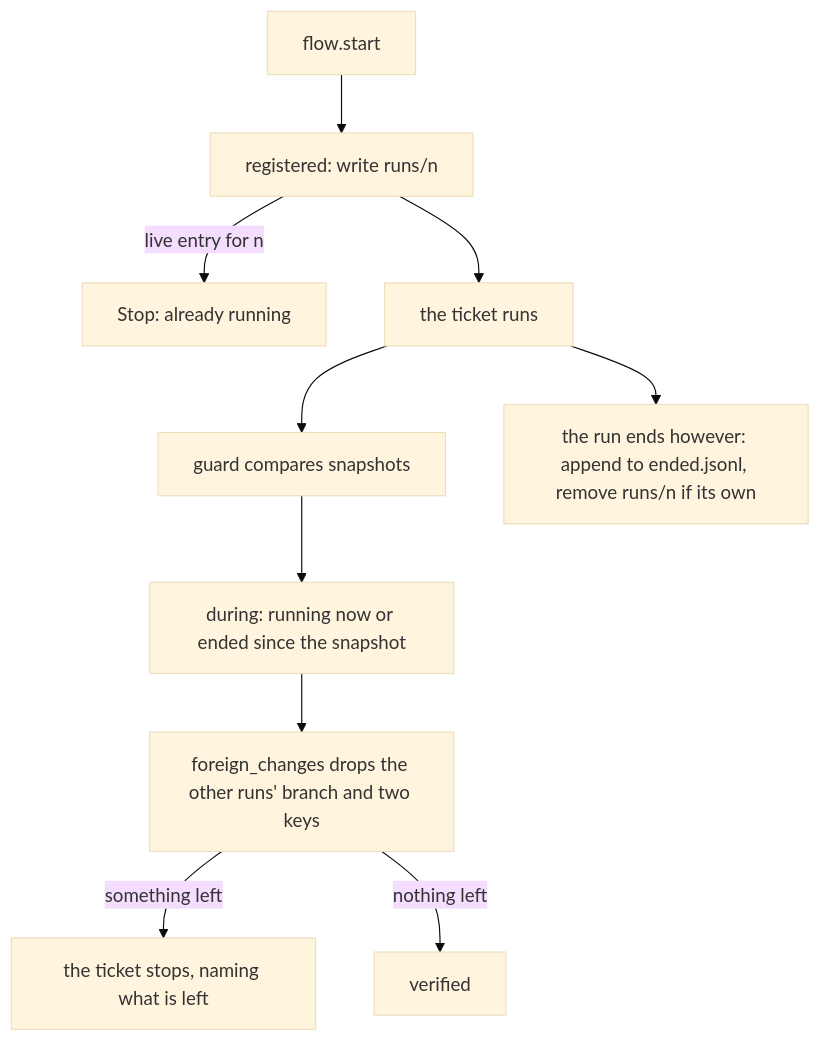
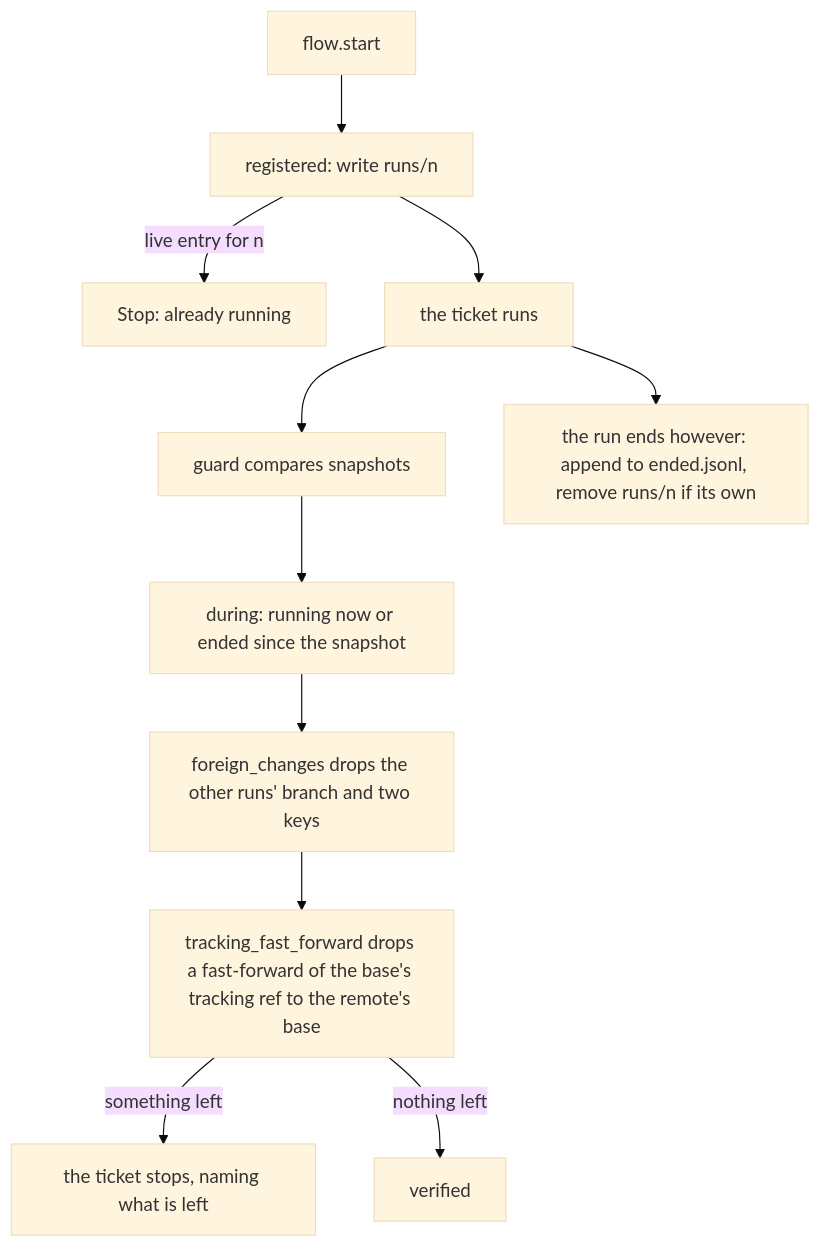
The first of 3 diagrams in docs/architecture/modules/runs.md (plaplanche/ariane), drawn with Mermaid (base theme) before and after one commit. The commit also changed other lines of this file and 9 other files, not shown here.

Commit message:
#222: Guard: tolerate a fast-forward of the base's tracking ref, so tickets can run back to back while pull requests are merged (C11)

````diff
--- a/docs/architecture/modules/runs.md
+++ b/docs/architecture/modules/runs.md
@@ -37,12 +39,13 @@
 ```mermaid
 flowchart TD
   A[flow.start] --> B[registered: write runs/n]
   B -- live entry for n --> X[Stop: already running]
   B --> C[the ticket runs]
   C --> D[guard compares snapshots]
   D --> E[during: running now or ended since the snapshot]
   E --> F[foreign_changes drops the other runs' branch and two keys]
-  F -- something left --> S[the ticket stops, naming what is left]
-  F -- nothing left --> V[verified]
+  F --> T[tracking_fast_forward drops a fast-forward of the base's tracking ref to the remote's base]
+  T -- something left --> S[the ticket stops, naming what is left]
+  T -- nothing left --> V[verified]
   C --> G[the run ends however: append to ended.jsonl, remove runs/n if its own]
 ```
````
